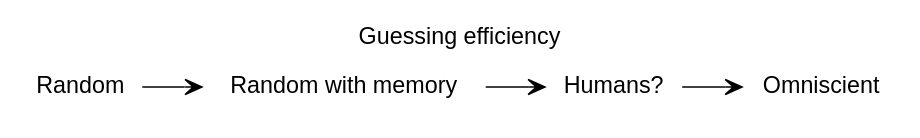
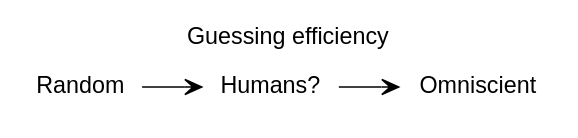
One commit to pedmiston/mountain-climbers changed the diagram in docs/gv/guessing-strategies.gv. Above: the diagram before and after it, drawn with Graphviz.

Commit message:
Removed 'random-with-memory' since it does not apply here

```diff
--- a/docs/gv/guessing-strategies.gv
+++ b/docs/gv/guessing-strategies.gv
@@ -1,13 +1,12 @@
 digraph {
   rankdir = LR;
   fontname = Helvetica;
   node[shape=none fontname=Helvetica];
   edge[arrowhead=vee];
   label = "Guessing efficiency";
   labelloc = t;
-  totally_random -> random_with_memory -> humans -> omniscient;
+  totally_random -> humans -> omniscient;
   totally_random[label="Random"];
-  random_with_memory[label="Random with memory"];
   humans[label="Humans?"];
   omniscient[label="Omniscient"];
 }
```
